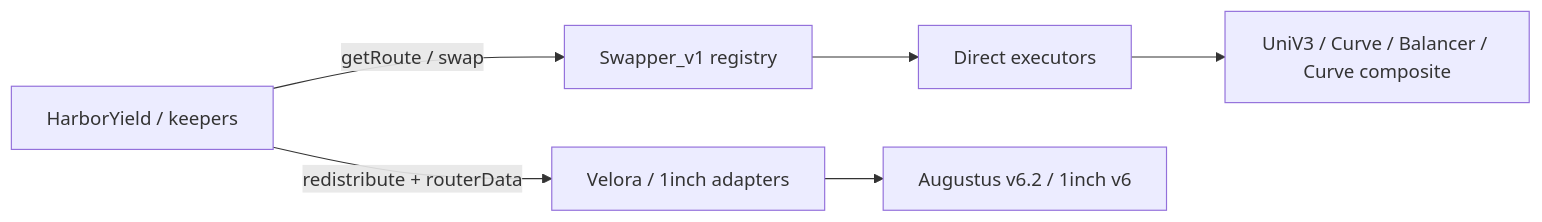
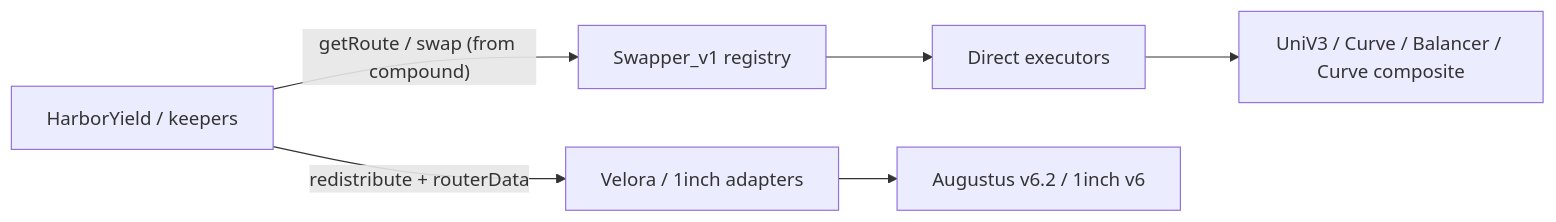
Before and after one commit to baofinance/harbor-docs: the diagram in tech-docs/contracts/harbor-swap.md, drawn with Mermaid. The commit also changed other lines of this file and 55 other files, not shown here.

````diff
--- a/tech-docs/contracts/harbor-swap.md
+++ b/tech-docs/contracts/harbor-swap.md
@@ -37,13 +37,13 @@
 ```mermaid
 flowchart LR
   HY["HarborYield / keepers"]
   Reg["Swapper_v1 registry"]
   Dir["Direct executors"]
   Agg["Velora / 1inch adapters"]
 
-  HY -->|"getRoute / swap"| Reg
+  HY -->|"getRoute / swap (from compound)"| Reg
   Reg --> Dir
   HY -->|"redistribute + routerData"| Agg
   Dir --> DEX["UniV3 / Curve / Balancer / Curve composite"]
   Agg --> Augustus["Augustus v6.2 / 1inch v6"]
 ```
````
